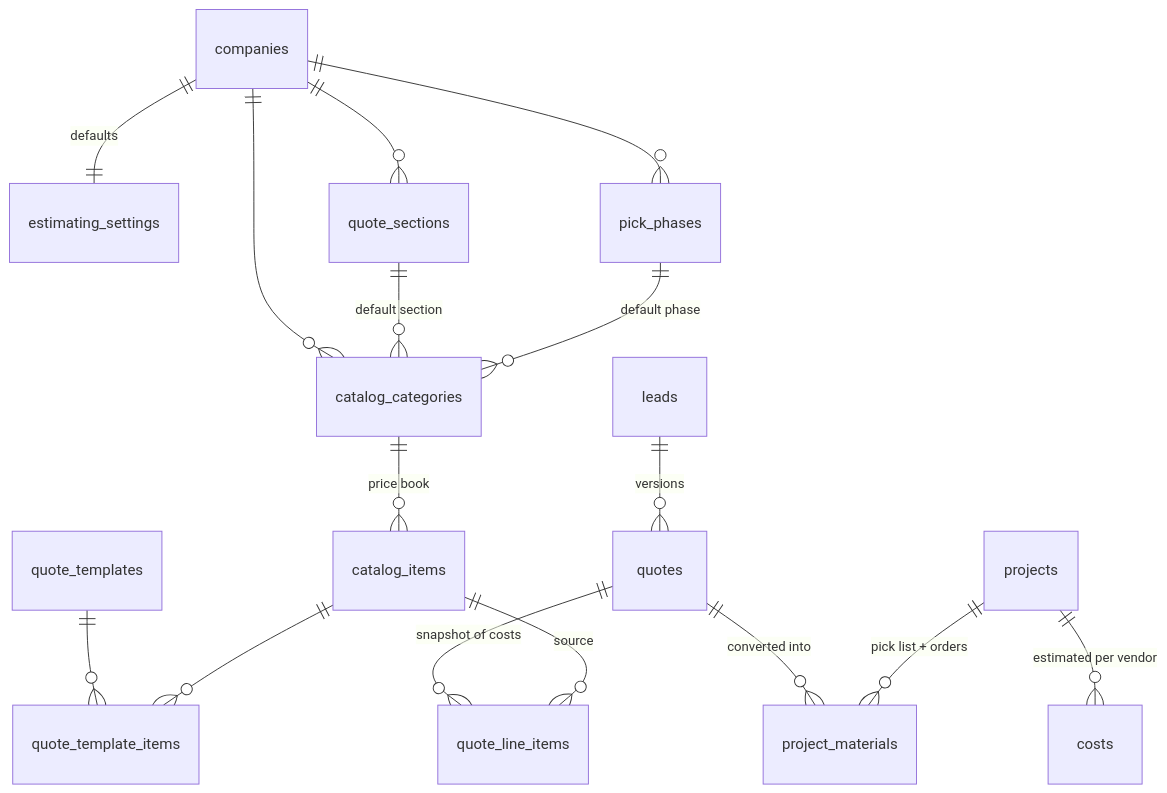
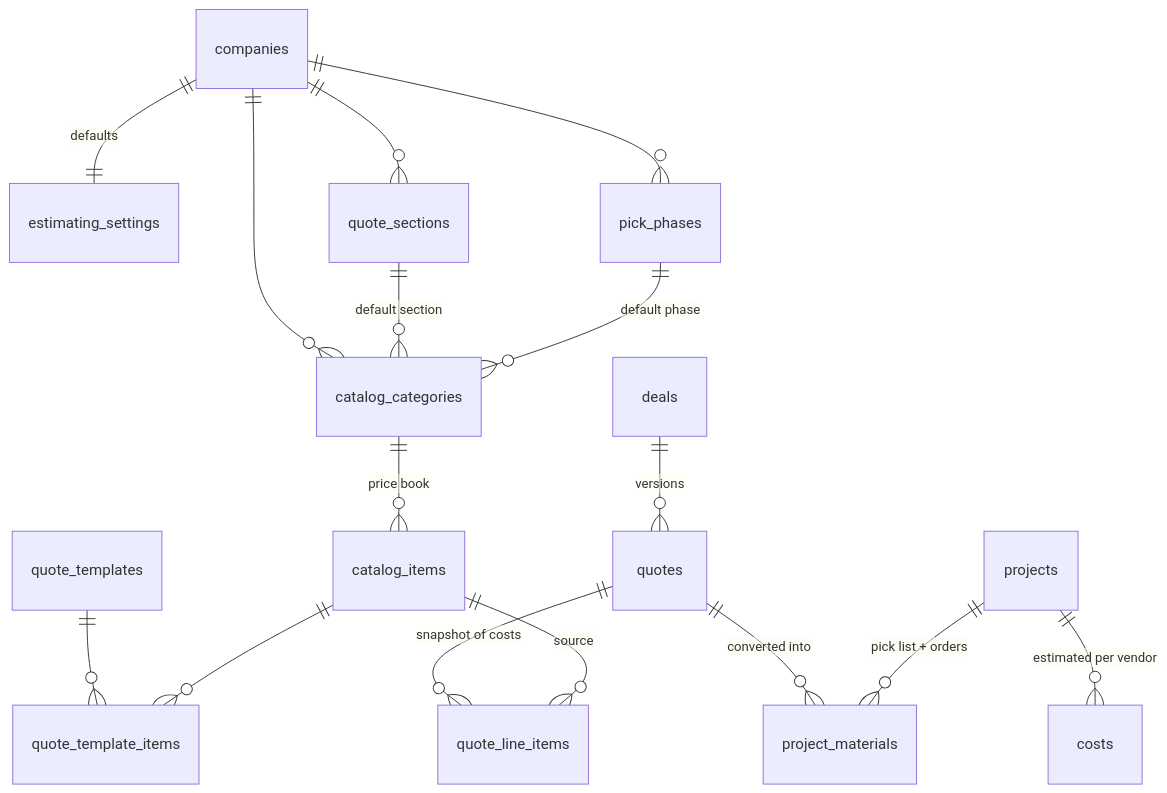
The diagram in docs/ESTIMATING.md (utudesign/remodel-planner), drawn with Mermaid before and after one commit. The commit also changed other lines of this file and 13 other files, not shown here.

````diff
--- a/docs/ESTIMATING.md
+++ b/docs/ESTIMATING.md
@@ -22,18 +22,18 @@
 ```mermaid
 erDiagram
   companies ||--|| estimating_settings : "defaults"
   companies ||--o{ quote_sections : ""
   companies ||--o{ pick_phases : ""
   companies ||--o{ catalog_categories : ""
   catalog_categories ||--o{ catalog_items : "price book"
   quote_sections ||--o{ catalog_categories : "default section"
   pick_phases ||--o{ catalog_categories : "default phase"
   quote_templates ||--o{ quote_template_items : ""
   catalog_items ||--o{ quote_template_items : ""
-  leads ||--o{ quotes : "versions"
+  deals ||--o{ quotes : "versions"
   quotes ||--o{ quote_line_items : "snapshot of costs"
   catalog_items ||--o{ quote_line_items : "source"
   quotes ||--o{ project_materials : "converted into"
   projects ||--o{ project_materials : "pick list + orders"
   projects ||--o{ costs : "estimated per vendor"
 ```
````
